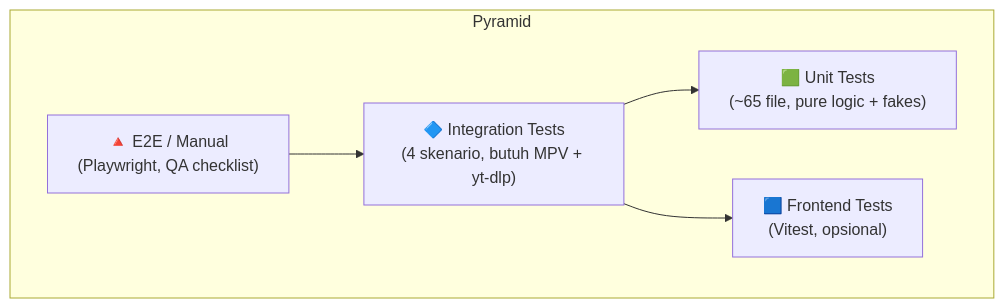
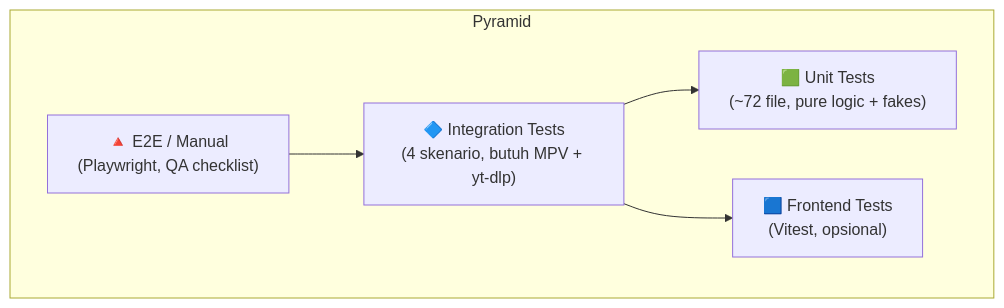
One commit to monang404/lunawave changed the diagram in docs/testing/testing_strategy.md. Above: the diagram before and after it, drawn with Mermaid. The commit also changed 14 other files, not shown here.

Commit message:
test(coverage): implement P0-P4 tests (78% cov) & update architecture docs

````diff
--- a/docs/testing/testing_strategy.md
+++ b/docs/testing/testing_strategy.md
@@ -69,13 +69,13 @@
 ```mermaid
 graph TD
     subgraph Pyramid
         E2E["🔺 E2E / Manual<br/>(Playwright, QA checklist)"]
         INT["🔷 Integration Tests<br/>(4 skenario, butuh MPV + yt-dlp)"]
-        UNIT["🟩 Unit Tests<br/>(~65 file, pure logic + fakes)"]
+        UNIT["🟩 Unit Tests<br/>(~72 file, pure logic + fakes)"]
         FRONT["🟦 Frontend Tests<br/>(Vitest, opsional)"]
     end
 
     E2E --> INT
     INT --> UNIT
     INT --> FRONT
 ```
````
